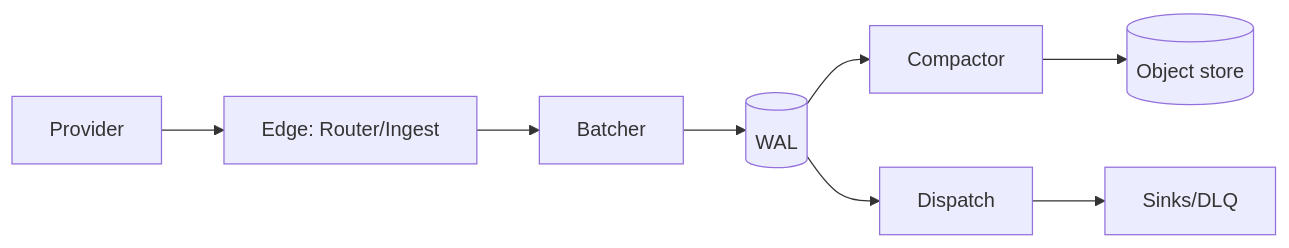
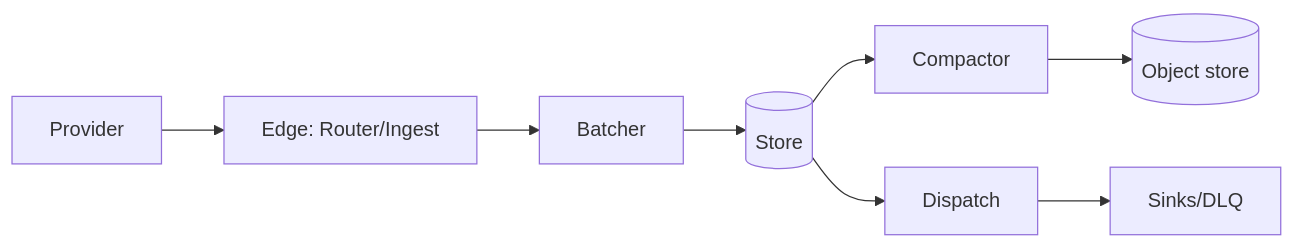
Before and after one commit to jamescarr/ankusa: the diagram in AGENTS.md, drawn with Mermaid. The commit also changed other lines of this file and 129 other files, not shown here.

Commit message:
feat(store)!: one RocksDB store replaces the WAL, DLQ and state files (#54)

````diff
--- a/AGENTS.md
+++ b/AGENTS.md
@@ -8,7 +8,7 @@
 ```mermaid
 flowchart LR
     P[Provider] --> E[Edge: Router/Ingest]
-    E --> B[Batcher] --> W[(WAL)]
+    E --> B[Batcher] --> W[(Store)]
     W --> C[Compactor] --> S[(Object store)]
     W --> D[Dispatch] --> SK[Sinks/DLQ]
 ```
````
